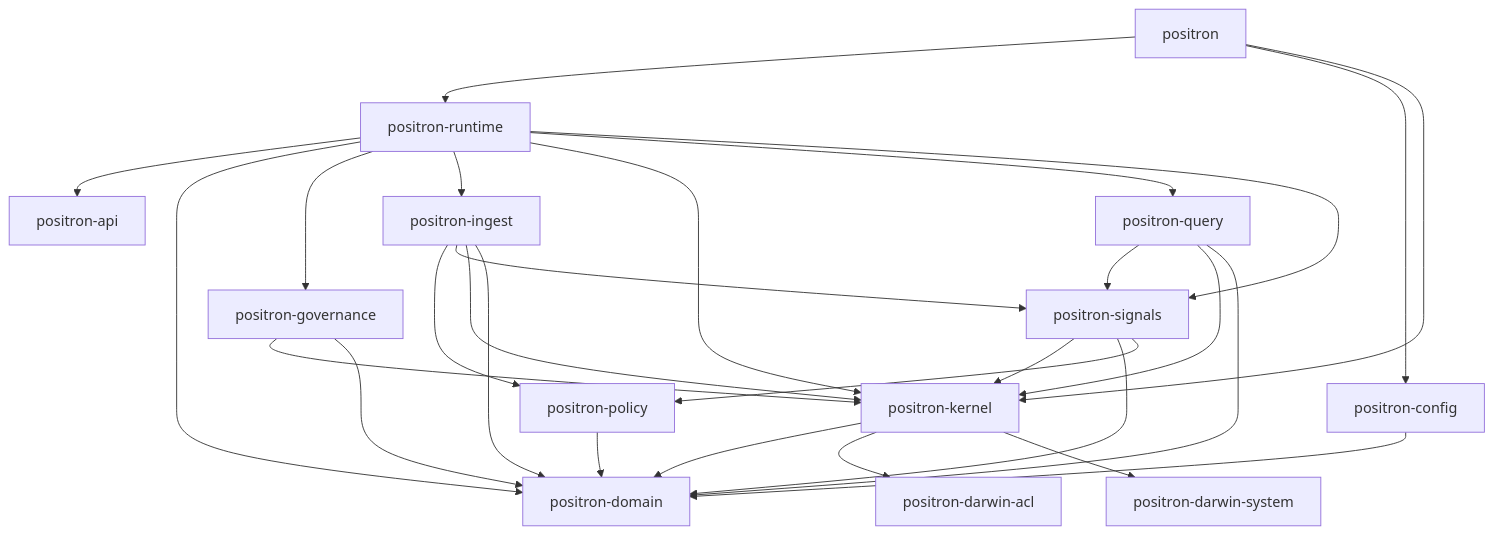
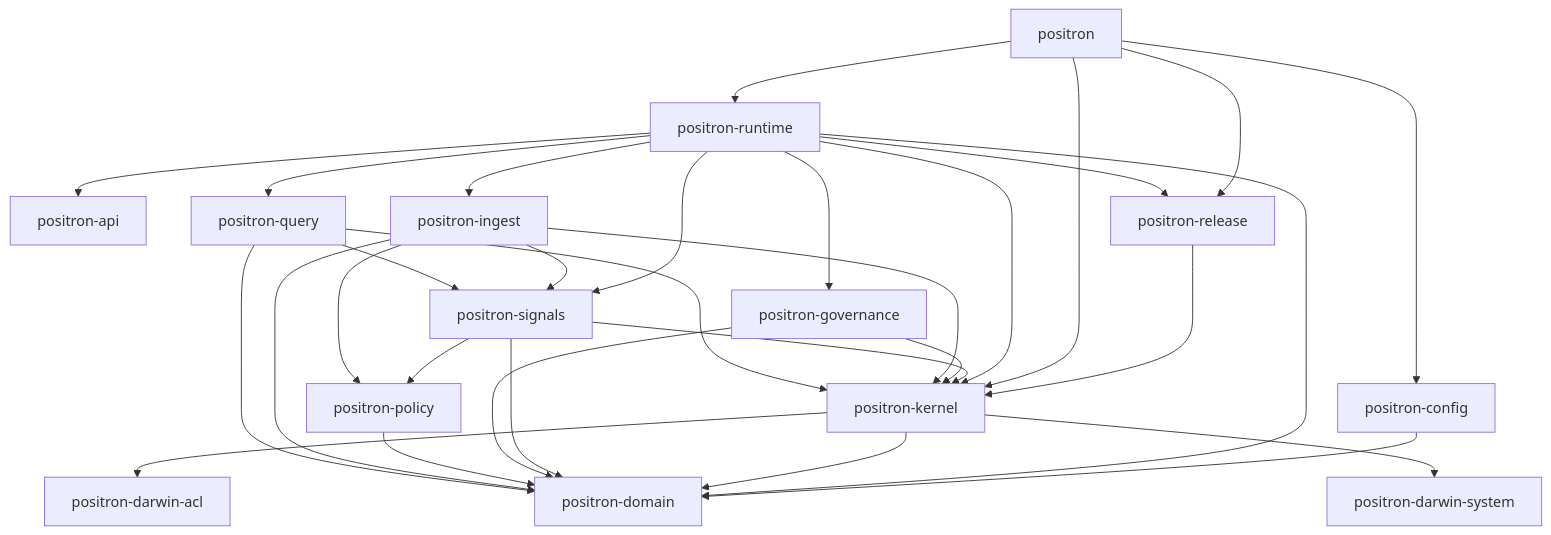
The fifth of 5 diagrams in docs/application-design.md (vicotrbb/positron), drawn with Mermaid before and after one commit. The commit also changed other lines of this file and 120 other files, not shown here.

````diff
--- a/docs/application-design.md
+++ b/docs/application-design.md
@@ -1473,46 +1486,50 @@
 ```mermaid
 flowchart TD
     app["positron"]
     domain["positron-domain"]
     api["positron-api"]
     config["positron-config"]
     runtime["positron-runtime"]
     kernel["positron-kernel"]
+    release["positron-release"]
     darwin_acl["positron-darwin-acl"]
     darwin_system["positron-darwin-system"]
     signals["positron-signals"]
     governance["positron-governance"]
     policy["positron-policy"]
     ingest["positron-ingest"]
     query["positron-query"]
 
+    app --> release
+    release --> kernel
+    runtime --> release
     app --> runtime
     app --> config
     app --> kernel
 
     config --> domain
 
     runtime --> api
     runtime --> domain
     runtime --> governance
     runtime --> ingest
     runtime --> kernel
     runtime --> query
     runtime --> signals
     kernel --> domain
     kernel --> darwin_acl
     kernel --> darwin_system
     signals --> kernel
     signals --> domain
     signals --> policy
     governance --> kernel
     governance --> domain
     policy --> domain
     ingest --> policy
     ingest --> signals
     ingest --> kernel
     ingest --> domain
     query --> signals
     query --> kernel
     query --> domain
 ```
````
